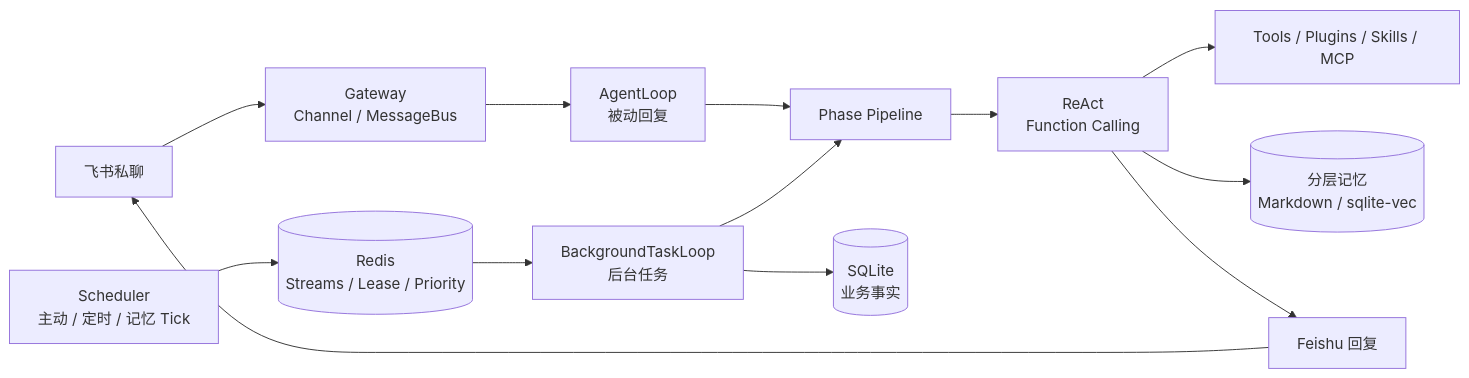
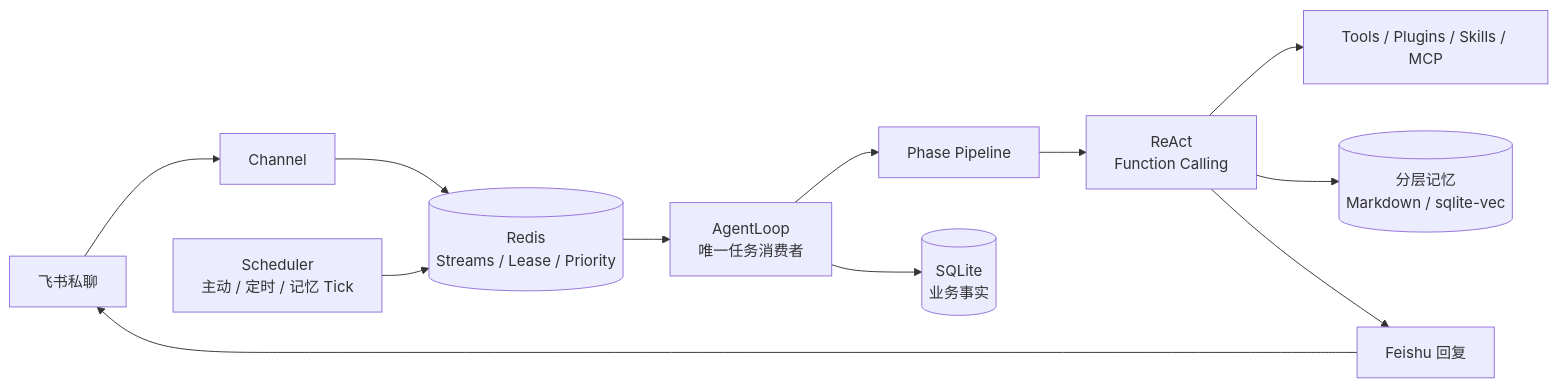
The diagram in README.md (CR-730/MemoPilot), drawn with Mermaid before and after one commit. The commit also changed other lines of this file and 49 other files, not shown here.

````diff
--- a/README.md
+++ b/README.md
@@ -50,16 +67,15 @@
 ```mermaid
 flowchart LR
-    U[飞书私聊] --> G["Gateway<br/>Channel / MessageBus"]
-    G --> L["AgentLoop<br/>被动回复"]
-    L --> P[Phase Pipeline]
+    U[飞书私聊] --> C["Channel"]
+    C --> R
     S["Scheduler<br/>主动 / 定时 / 记忆 Tick"] --> R[(Redis
 Streams / Lease / Priority)]
-    R --> W["BackgroundTaskLoop<br/>后台任务"]
-    W --> P
-    W --> DB[("SQLite<br/>业务事实")]
+    R --> L["AgentLoop<br/>唯一任务消费者"]
+    L --> P[Phase Pipeline]
+    L --> DB[("SQLite<br/>业务事实")]
     P --> X["ReAct<br/>Function Calling"]
     X --> E[Tools / Plugins / Skills / MCP]
     X --> M[("分层记忆<br/>Markdown / sqlite-vec")]
     X --> F[Feishu 回复]
     F --> U
 ```
````
